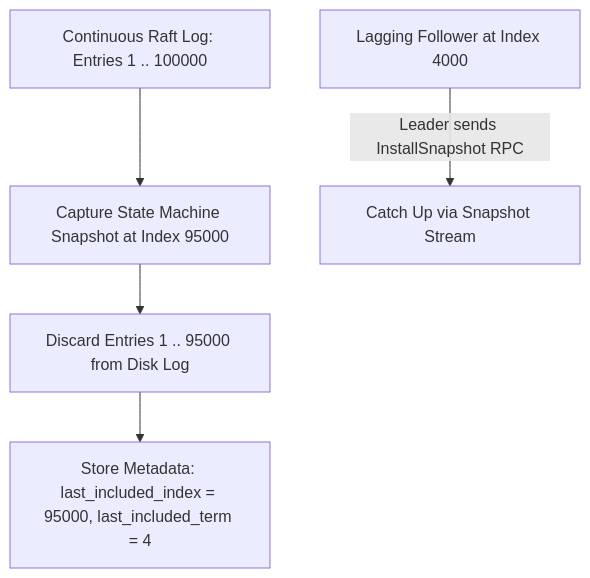
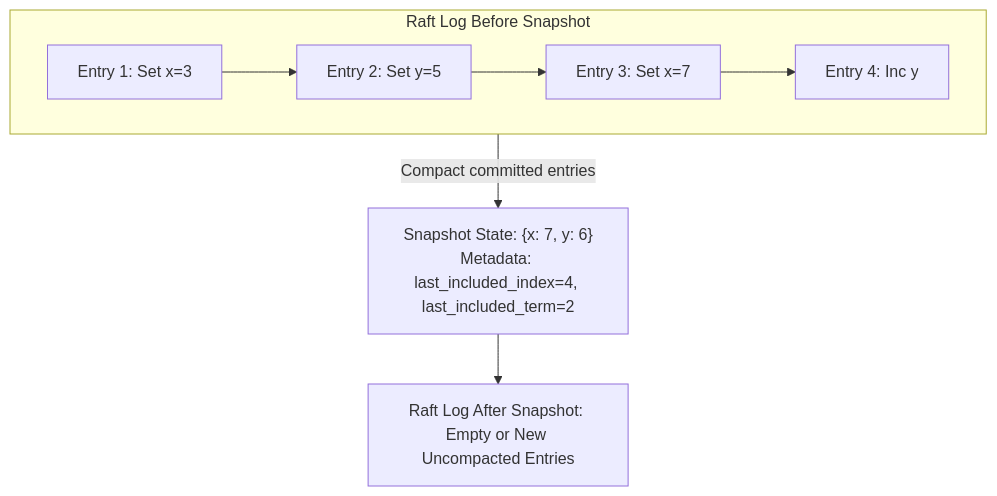
One commit to isihussain/developer-handbook changed the diagram in docs/raft-log-compaction-snapshotting.md. Above: the diagram before and after it, drawn with Mermaid. The commit also changed other lines of this file, not shown here.

Commit message:
docs: add Raft log compaction and snapshotting architecture cheat sheet (#362)

````diff
--- a/docs/raft-log-compaction-snapshotting.md
+++ b/docs/raft-log-compaction-snapshotting.md
@@ -5,7 +5,9 @@
 ```mermaid
 flowchart TD
-    Log[Continuous Raft Log: Entries 1 .. 100000] --> Snap[Capture State Machine Snapshot at Index 95000]
-    Snap --> Discard[Discard Entries 1 .. 95000 from Disk Log]
-    Discard --> Meta[Store Metadata: last_included_index = 95000, last_included_term = 4]
-    Follower[Lagging Follower at Index 4000] -->|Leader sends InstallSnapshot RPC| Catchup[Catch Up via Snapshot Stream]
+    subgraph LogBefore[Raft Log Before Snapshot]
+        E1[Entry 1: Set x=3] --> E2[Entry 2: Set y=5] --> E3[Entry 3: Set x=7] --> E4[Entry 4: Inc y]
+    end
+    LogBefore -->|Compact committed entries| Snapshot["Snapshot State: {x: 7, y: 6}
+Metadata: last_included_index=4, last_included_term=2"]
+    Snapshot --> LogAfter[Raft Log After Snapshot: Empty or New Uncompacted Entries]
 ```
````
